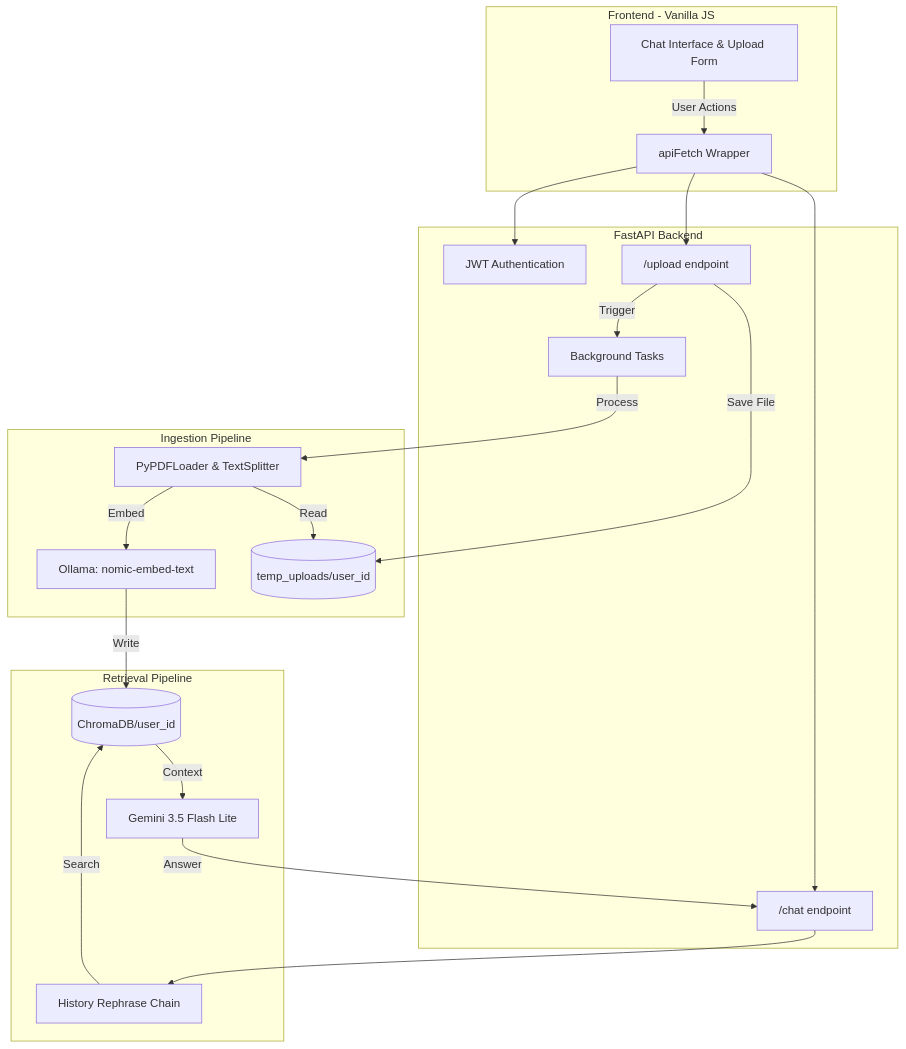
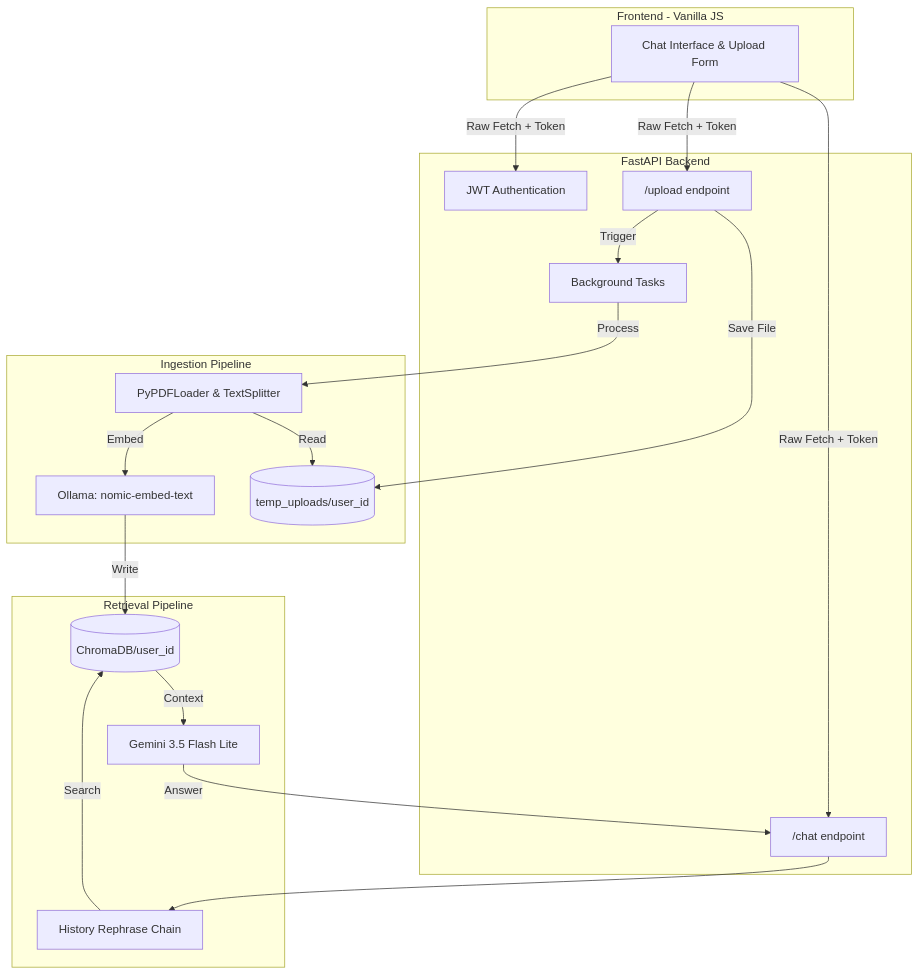
Before and after one commit to Jai-720/AdvancedRAG: the diagram in README.md, drawn with Mermaid. The commit also changed other lines of this file, not shown here.

Commit message:
Revise architecture diagram and application overview
Updated README to reflect changes in architecture and data flow.

````diff
--- a/README.md
+++ b/README.md
@@ -17,43 +13,41 @@
 ```mermaid
 graph TD
     subgraph Client [Frontend - Vanilla JS]
         UI[Chat Interface & Upload Form]
-        API_CLIENT[apiFetch Wrapper]
-        UI -->|User Actions| API_CLIENT
     end
 
     subgraph Server [FastAPI Backend]
         AUTH[JWT Authentication]
         UPLOAD["/upload endpoint"]
         CHAT["/chat endpoint"]
         BG[Background Tasks]
         
-        API_CLIENT --> AUTH
-        API_CLIENT --> UPLOAD
-        API_CLIENT --> CHAT
+        UI -->|Raw Fetch + Token| AUTH
+        UI -->|Raw Fetch + Token| UPLOAD
+        UI -->|Raw Fetch + Token| CHAT
     end
 
     subgraph Ingestion Pipeline
         LOADER[PyPDFLoader & TextSplitter]
         OLLAMA[Ollama: nomic-embed-text]
         FS[("temp_uploads/user_id")]
         
         UPLOAD -->|Save File| FS
         UPLOAD -->|Trigger| BG
         BG -->|Process| LOADER
         LOADER -->|Read| FS
         LOADER -->|Embed| OLLAMA
     end
 
     subgraph Retrieval Pipeline
         REPHRASE[History Rephrase Chain]
         GEMINI[Gemini 3.5 Flash Lite]
         CHROMA[("ChromaDB/user_id")]
         
         OLLAMA -->|Write| CHROMA
         CHAT --> REPHRASE
         REPHRASE -->|Search| CHROMA
         CHROMA -->|Context| GEMINI
         GEMINI -->|Answer| CHAT
     end
 ```
````
